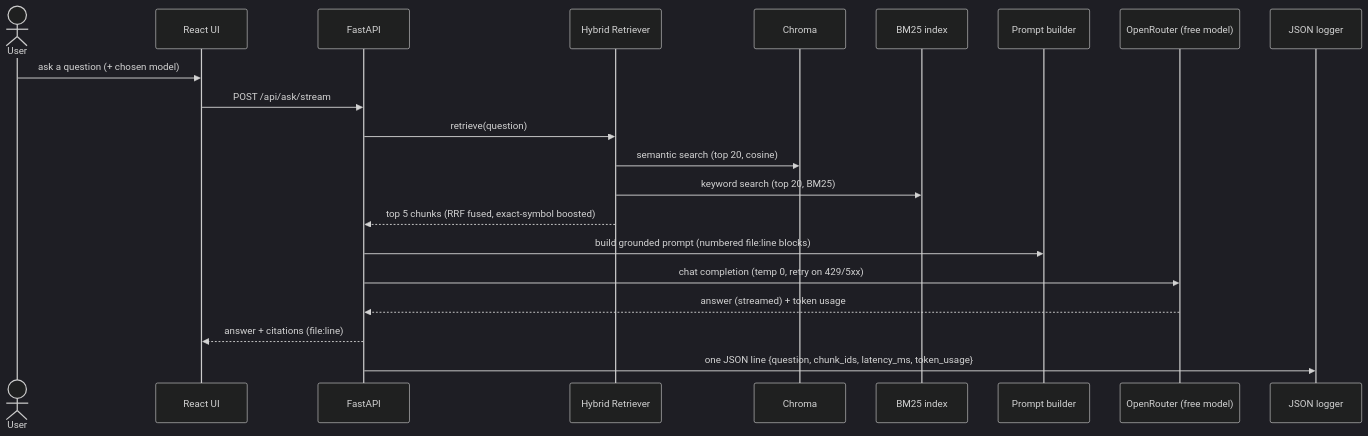
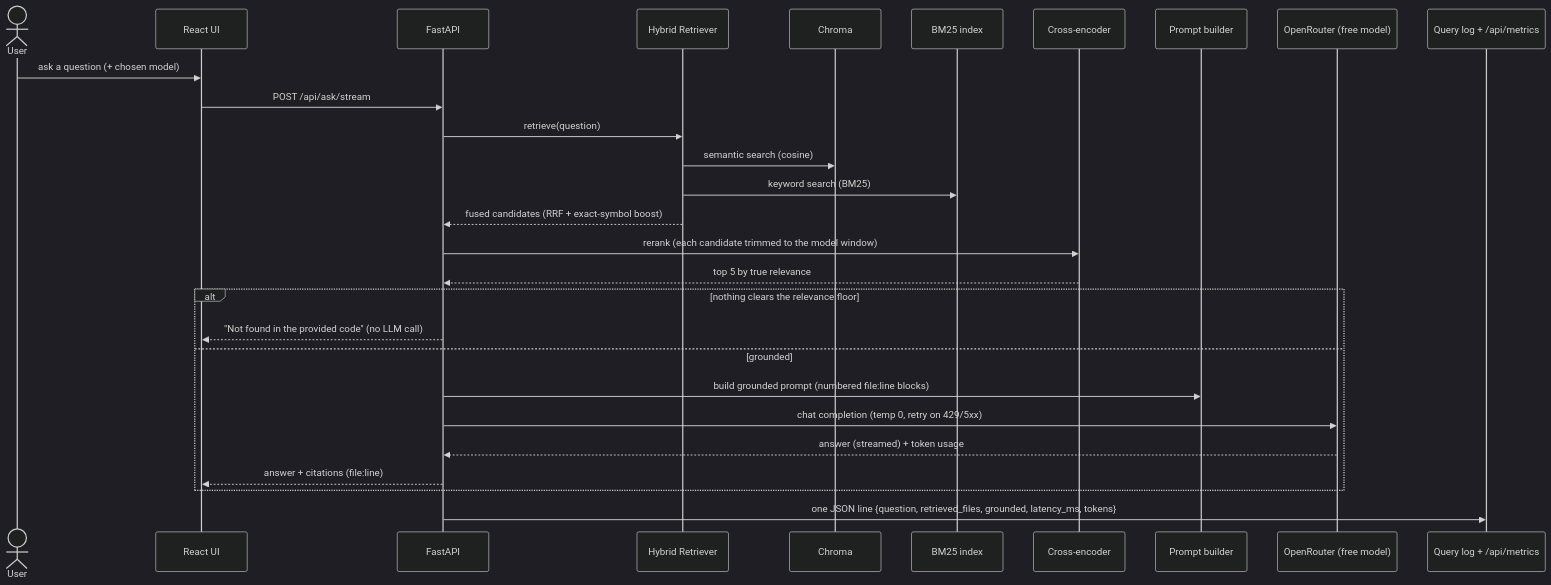
The third of 6 diagrams in docs/TECHNICAL_REPORT.md (Gauthambinoy20/Glyph), drawn with Mermaid (dark theme) before and after one commit. The commit also changed 1 other file, not shown here.

Commit message:
docs(diagrams): show the reranker, relevance-floor refusal and live metrics
The architecture and ask-flow diagrams predated several shipped pieces, so they no longer
matched the code. Update the README architecture graph and the technical-report ask sequence
to show the cross-encoder rerank stage, the relevance-floor guardrail that refuses weak
retrievals before any LLM call, and the query log feeding /api/metrics (now recording which
files answered each question and whether it was grounded). Endpoint count corrected to 19.

````diff
--- a/docs/TECHNICAL_REPORT.md
+++ b/docs/TECHNICAL_REPORT.md
@@ -157,23 +157,30 @@
 ```mermaid
 sequenceDiagram
     actor User
     participant UI as React UI
     participant API as FastAPI
     participant R as Hybrid Retriever
     participant V as Chroma
     participant B as BM25 index
+    participant RR as Cross-encoder
     participant P as Prompt builder
     participant L as OpenRouter (free model)
-    participant Lg as JSON logger
+    participant Lg as Query log + /api/metrics
     User->>UI: ask a question (+ chosen model)
     UI->>API: POST /api/ask/stream
     API->>R: retrieve(question)
-    R->>V: semantic search (top 20, cosine)
-    R->>B: keyword search (top 20, BM25)
-    R-->>API: top 5 chunks (RRF fused, exact-symbol boosted)
-    API->>P: build grounded prompt (numbered file:line blocks)
-    API->>L: chat completion (temp 0, retry on 429/5xx)
-    L-->>API: answer (streamed) + token usage
-    API-->>UI: answer + citations (file:line)
-    API->>Lg: one JSON line {question, chunk_ids, latency_ms, token_usage}
+    R->>V: semantic search (cosine)
+    R->>B: keyword search (BM25)
+    R-->>API: fused candidates (RRF + exact-symbol boost)
+    API->>RR: rerank (each candidate trimmed to the model window)
+    RR-->>API: top 5 by true relevance
+    alt nothing clears the relevance floor
+        API-->>UI: "Not found in the provided code" (no LLM call)
+    else grounded
+        API->>P: build grounded prompt (numbered file:line blocks)
+        API->>L: chat completion (temp 0, retry on 429/5xx)
+        L-->>API: answer (streamed) + token usage
+        API-->>UI: answer + citations (file:line)
+    end
+    API->>Lg: one JSON line {question, retrieved_files, grounded, latency_ms, tokens}
 ```
````
